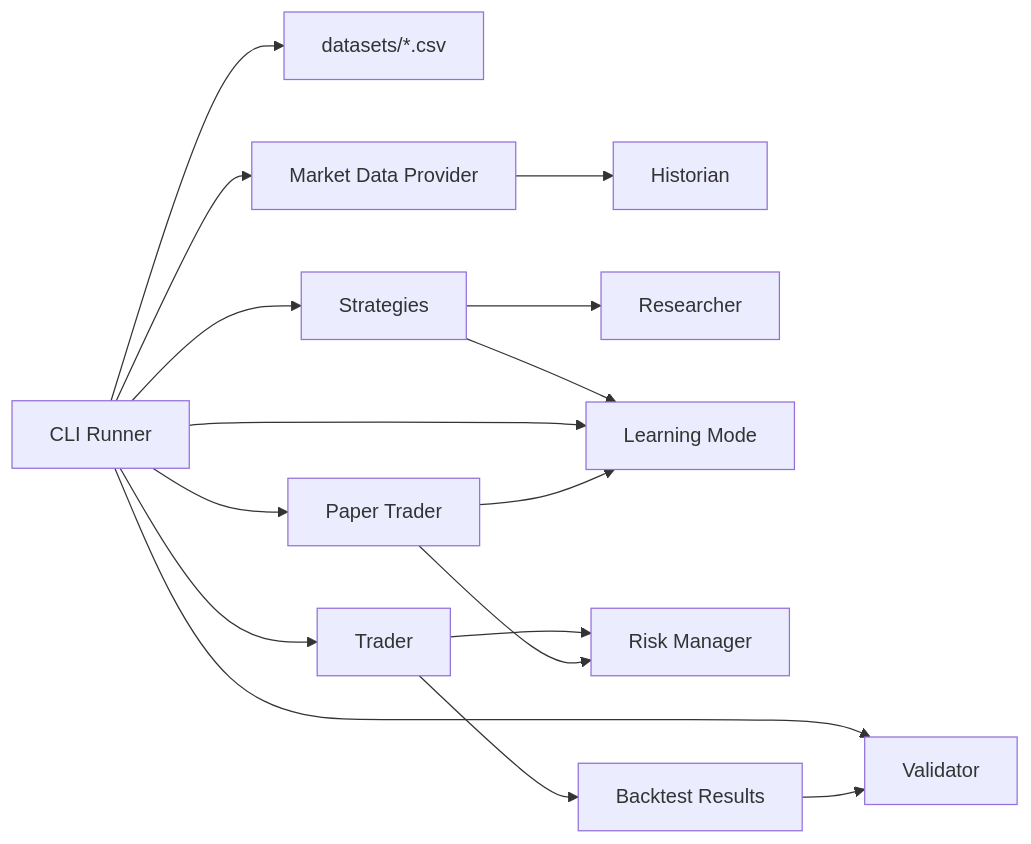
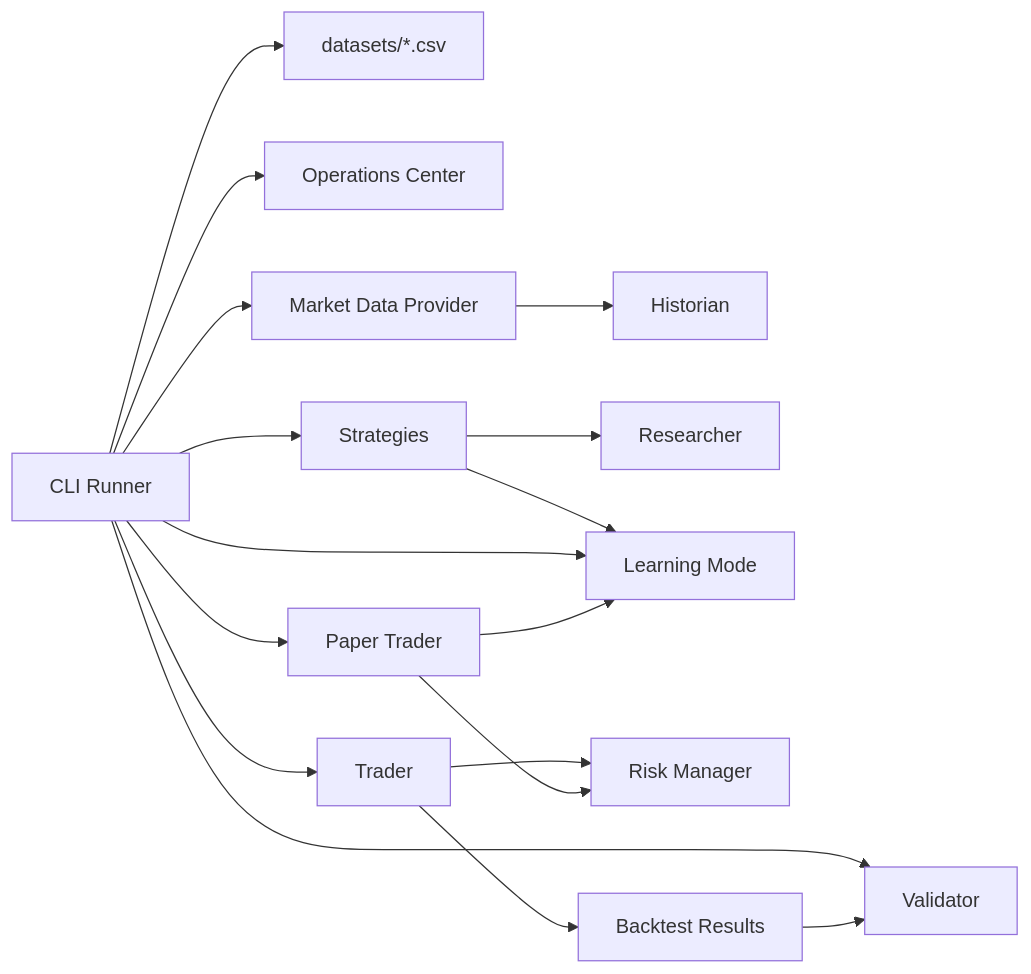
The diagram in ARCHITECTURE.md (lumenXV/PTB-1), drawn with Mermaid before and after one commit. The commit also changed other lines of this file and 6 other files, not shown here.

Commit message:
Add Milestone 5.1 operations center

````diff
--- a/ARCHITECTURE.md
+++ b/ARCHITECTURE.md
@@ -13,18 +13,19 @@
 ```mermaid
 flowchart LR
     CLI["CLI Runner"] --> DatasetFiles["datasets/*.csv"]
+    CLI --> Operations["Operations Center"]
     CLI --> MarketData["Market Data Provider"]
     MarketData --> Historian["Historian"]
     CLI --> Strategies["Strategies"]
     Strategies --> Researcher["Researcher"]
     Strategies --> Learning["Learning Mode"]
     CLI --> Learning
     CLI --> Trader["Trader"]
     CLI --> Paper["Paper Trader"]
     Trader --> RiskManager["Risk Manager"]
     Paper --> RiskManager
     Paper --> Learning
     Trader --> Result["Backtest Results"]
     CLI --> Validator["Validator"]
     Result --> Validator
 ```
````
